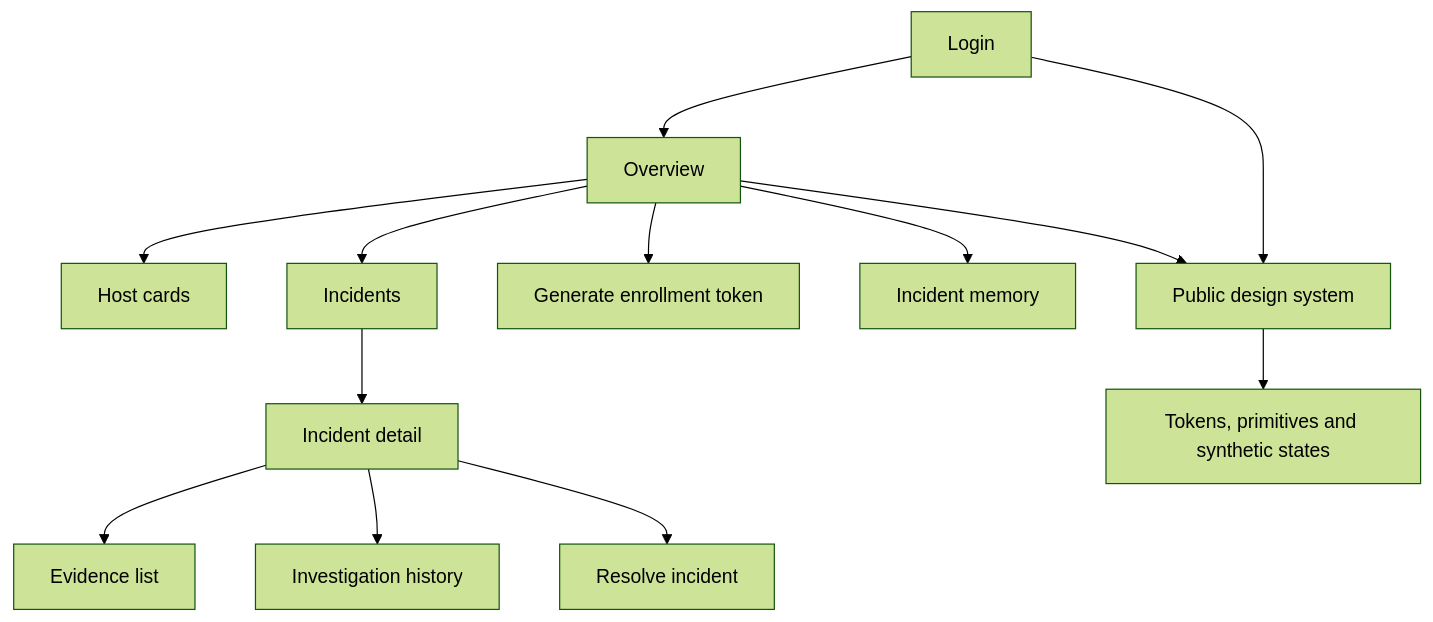
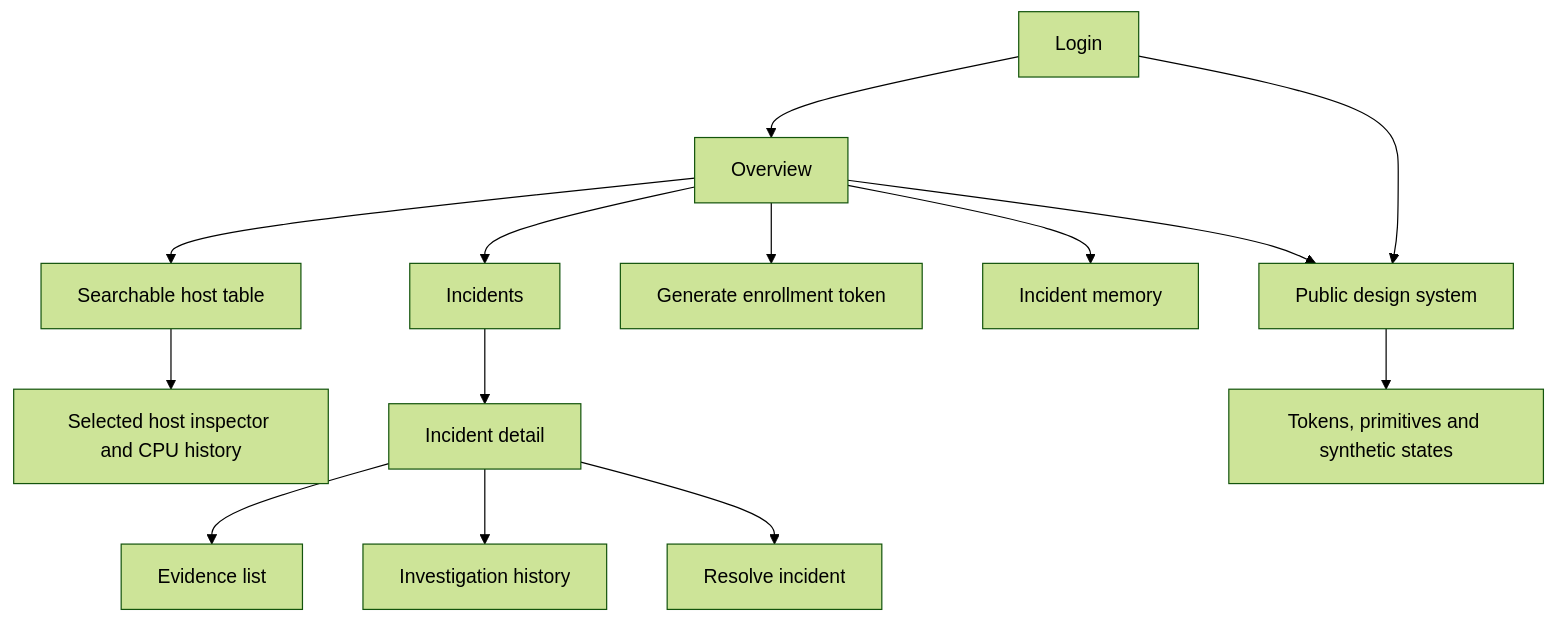
Before and after one commit to kuenobaikbanget/opspilot: the diagram in docs/UI-UX.md, drawn with Mermaid (forest theme). The commit also changed other lines of this file and 20 other files, not shown here.

First line of the commit message:
feat: deliver live host dashboard and monitoring inspector

````diff
--- a/docs/UI-UX.md
+++ b/docs/UI-UX.md
@@ -40,15 +98,16 @@
 ```mermaid
 flowchart TD
   A[Login] --> B[Overview]
-  B --> H[Host cards]
+  B --> H[Searchable host table]
+  H --> S[Selected host inspector and CPU history]
   B --> I[Incidents]
   I --> D[Incident detail]
   D --> E[Evidence list]
   D --> F[Investigation history]
   D --> G[Resolve incident]
   B --> T[Generate enrollment token]
   B --> M[Incident memory]
   A --> C[Public design system]
   B --> C
   C --> R[Tokens, primitives and synthetic states]
 ```
````
